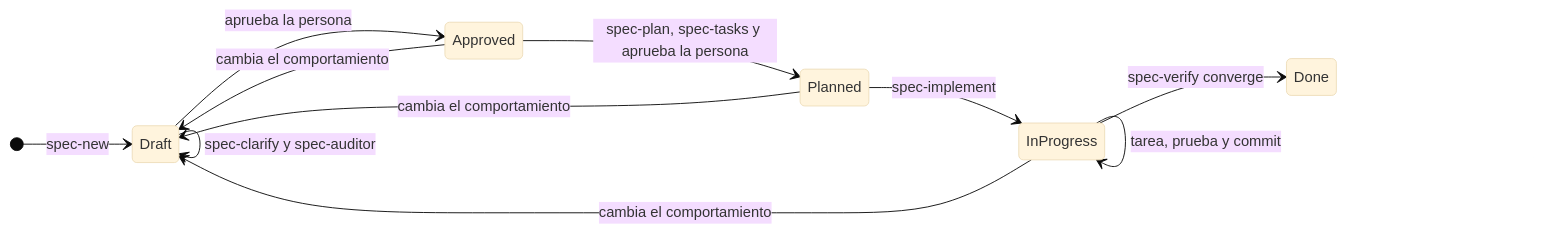
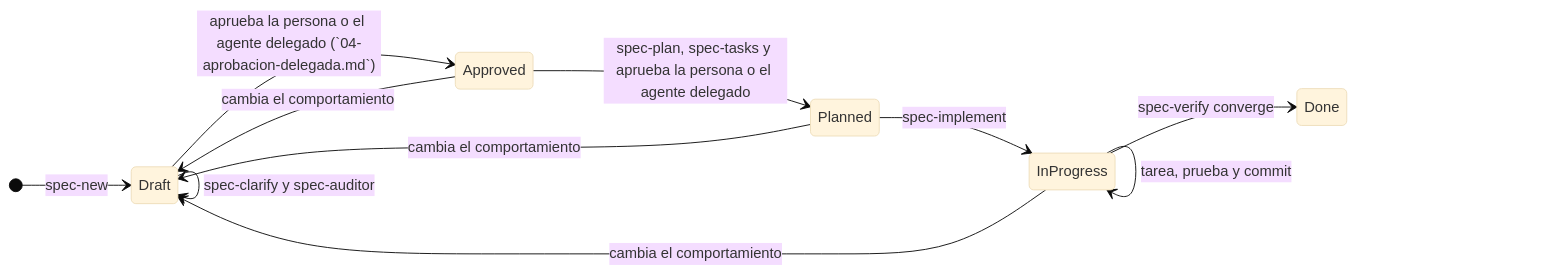
The diagram in docs/07-proceso-de-desarrollo/01-flujo-sdd.md (P35C4D0R4B1050/BabelHub), drawn with Mermaid (base theme) before and after one commit. The commit also changed 19 other files, not shown here.

````diff
--- a/docs/07-proceso-de-desarrollo/01-flujo-sdd.md
+++ b/docs/07-proceso-de-desarrollo/01-flujo-sdd.md
@@ -13,14 +13,14 @@
 ```mermaid
 stateDiagram-v2
 direction LR
 [*] --> Draft: spec-new
 Draft --> Draft: spec-clarify y spec-auditor
-Draft --> Approved: aprueba la persona
-Approved --> Planned: spec-plan, spec-tasks y aprueba la persona
+Draft --> Approved: aprueba la persona o el agente delegado (`04-aprobacion-delegada.md`)
+Approved --> Planned: spec-plan, spec-tasks y aprueba la persona o el agente delegado
 Planned --> InProgress: spec-implement
 InProgress --> InProgress: tarea, prueba y commit
 InProgress --> Done: spec-verify converge
 Approved --> Draft: cambia el comportamiento
 Planned --> Draft: cambia el comportamiento
 InProgress --> Draft: cambia el comportamiento
 ```
````
